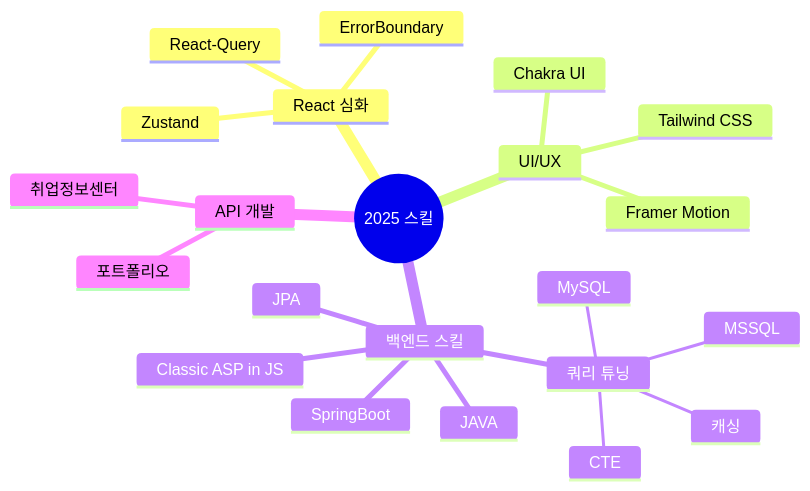
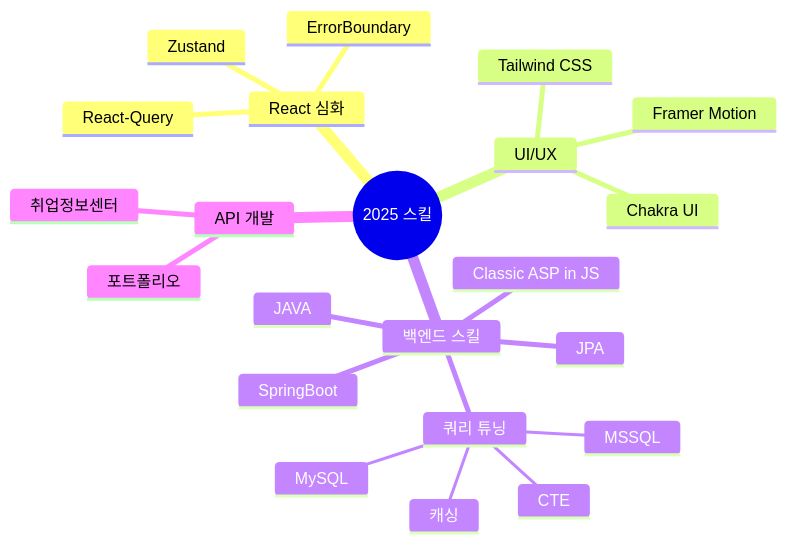
One commit to SnowsFE/SnowsFE changed the diagram in README.md. Above: the diagram before and after it, drawn with Mermaid. The commit also changed other lines of this file, not shown here.

````diff
--- a/README.md
+++ b/README.md
@@ -145,25 +145,25 @@
 ```mermaid
 mindmap
   root((2025 스킬))
     React 심화
       Zustand
       React-Query
       ErrorBoundary
     UI/UX
       Chakra UI
       Tailwind CSS
       Framer Motion
     백엔드 스킬
       Classic ASP in JS
       JAVA
+      JPA
       SpringBoot
-      JPA
       쿼리 튜닝
         MSSQL
         MySQL
         CTE
         캐싱
     API 개발
       포트폴리오
       취업정보센터
 ```
````
